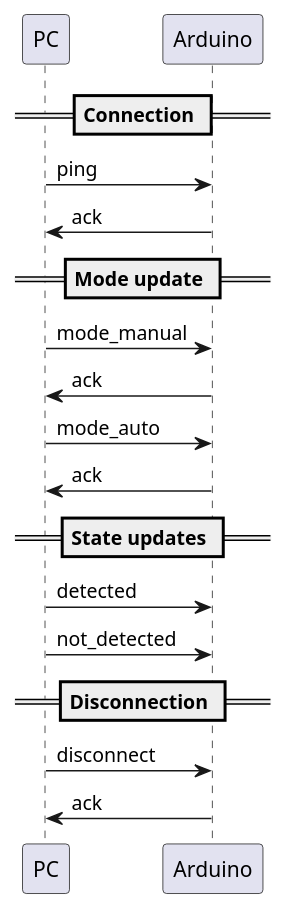
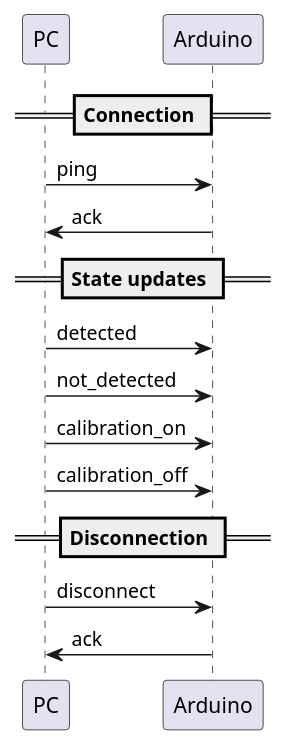
One commit to yleniaBattistini/ObjectTracker changed the diagram in doc/pc-arduino-communication.puml. Above: the diagram before and after it, drawn with PlantUML. The commit also changed 7 other files, not shown here.

```diff
--- a/doc/pc-arduino-communication.puml
+++ b/doc/pc-arduino-communication.puml
@@ -1,24 +1,21 @@
 @startuml PC_ARDUINO
 
 participant "PC" as pc
 participant "Arduino" as arduino
 
 == Connection ==
 pc -> arduino : ping
 arduino -> pc : ack
 
-== Mode update ==
-pc -> arduino : mode_manual
-arduino -> pc : ack
-pc -> arduino : mode_auto
-arduino -> pc : ack
-
 == State updates ==
 pc -> arduino : detected
 pc -> arduino : not_detected
+
+pc -> arduino : calibration_on
+pc -> arduino : calibration_off
 
 == Disconnection ==
 pc -> arduino : disconnect
 arduino -> pc : ack
 
 @enduml
```
